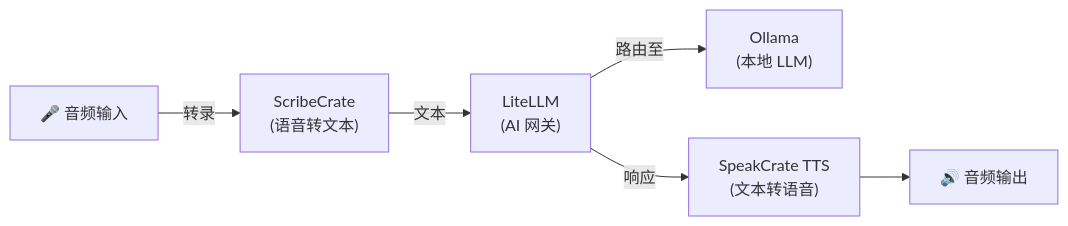
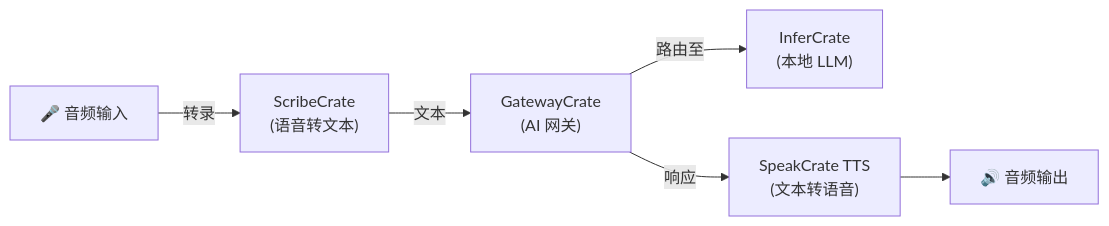
Before and after one commit to hwdsl2/self-hosted-ai-stack: the diagram in stacks/voice-pipeline/README-zh.md, drawn with Mermaid. The commit also changed other lines of this file and 47 other files, not shown here.

````diff
--- a/stacks/voice-pipeline/README-zh.md
+++ b/stacks/voice-pipeline/README-zh.md
@@ -17,8 +17,8 @@
 ```mermaid
 graph LR
     A["🎤 音频输入"] -->|转录| W["ScribeCrate<br/>(语音转文本)"]
-    W -->|文本| L["LiteLLM<br/>(AI 网关)"]
-    L -->|路由至| O["Ollama<br/>(本地 LLM)"]
+    W -->|文本| L["GatewayCrate<br/>(AI 网关)"]
+    L -->|路由至| O["InferCrate<br/>(本地 LLM)"]
     L -->|响应| T["SpeakCrate TTS<br/>(文本转语音)"]
     T --> B["🔊 音频输出"]
 ```
````
